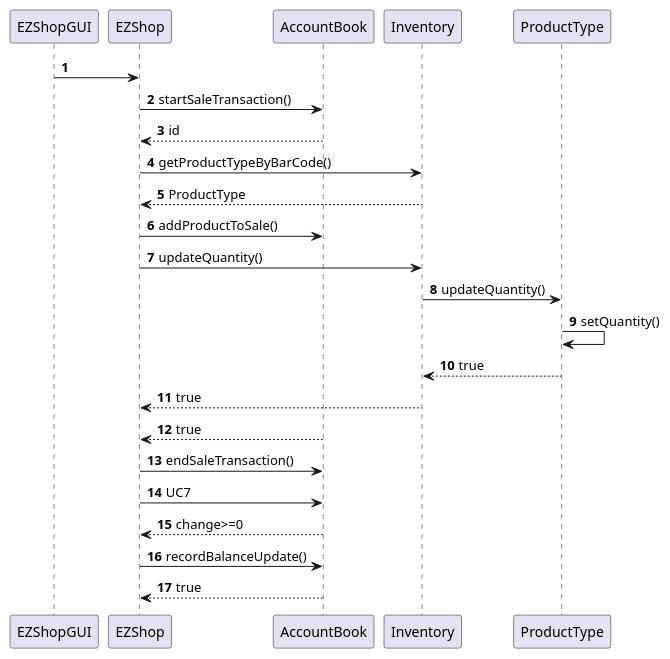
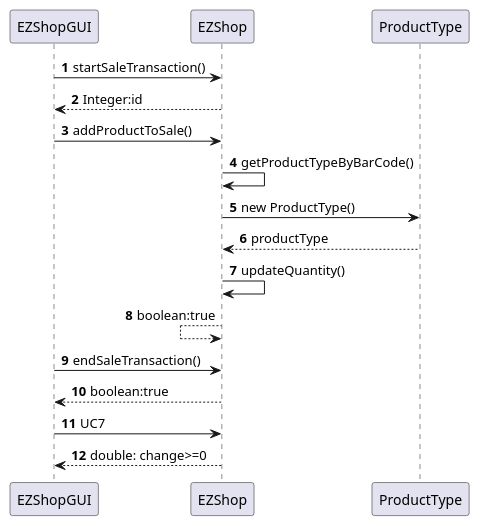
Before and after one commit to mkexc/ezshop: diagram 15 of 22 in Deliverables/DesignDocument.md, drawn with PlantUML. The commit also changed other lines of this file and 3 other files, not shown here.

````diff
--- a/Deliverables/DesignDocument.md
+++ b/Deliverables/DesignDocument.md
@@ -430,22 +397,17 @@
 ```plantuml
 @startuml
 autonumber
-EZShopGUI -> EZShop
-EZShop -> AccountBook : startSaleTransaction()
-EZShop <-- AccountBook : id
-EZShop -> Inventory : getProductTypeByBarCode()
-EZShop <-- Inventory : ProductType
-EZShop -> AccountBook : addProductToSale()
-EZShop -> Inventory : updateQuantity()
-Inventory -> ProductType : updateQuantity()
-ProductType -> ProductType : setQuantity()
-Inventory <-- ProductType : true
-EZShop <-- Inventory : true
-EZShop <-- AccountBook : true
-EZShop -> AccountBook : endSaleTransaction()
-EZShop -> AccountBook : UC7
-EZShop <-- AccountBook : change>=0
-EZShop -> AccountBook : recordBalanceUpdate()
-EZShop <-- AccountBook : true
+EZShopGUI -> EZShop : startSaleTransaction()
+EZShopGUI <-- EZShop : Integer:id
+EZShopGUI -> EZShop : addProductToSale()
+EZShop -> EZShop : getProductTypeByBarCode()
+EZShop -> ProductType : new ProductType()
+EZShop <-- ProductType : productType
+EZShop -> EZShop : updateQuantity()
+EZShop <-- EZShop : boolean:true
+EZShopGUI -> EZShop : endSaleTransaction()
+EZShopGUI <-- EZShop : boolean:true
+EZShopGUI -> EZShop : UC7
+EZShopGUI <-- EZShop : double: change>=0
 @enduml
 ```
````
